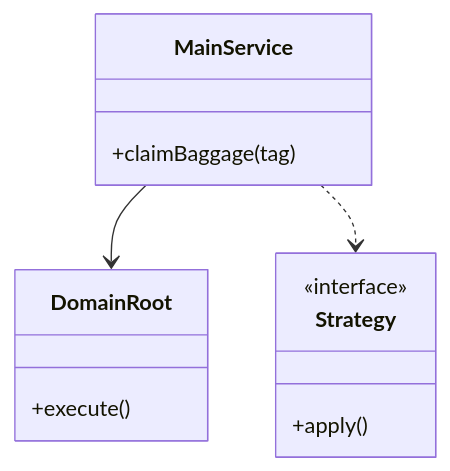
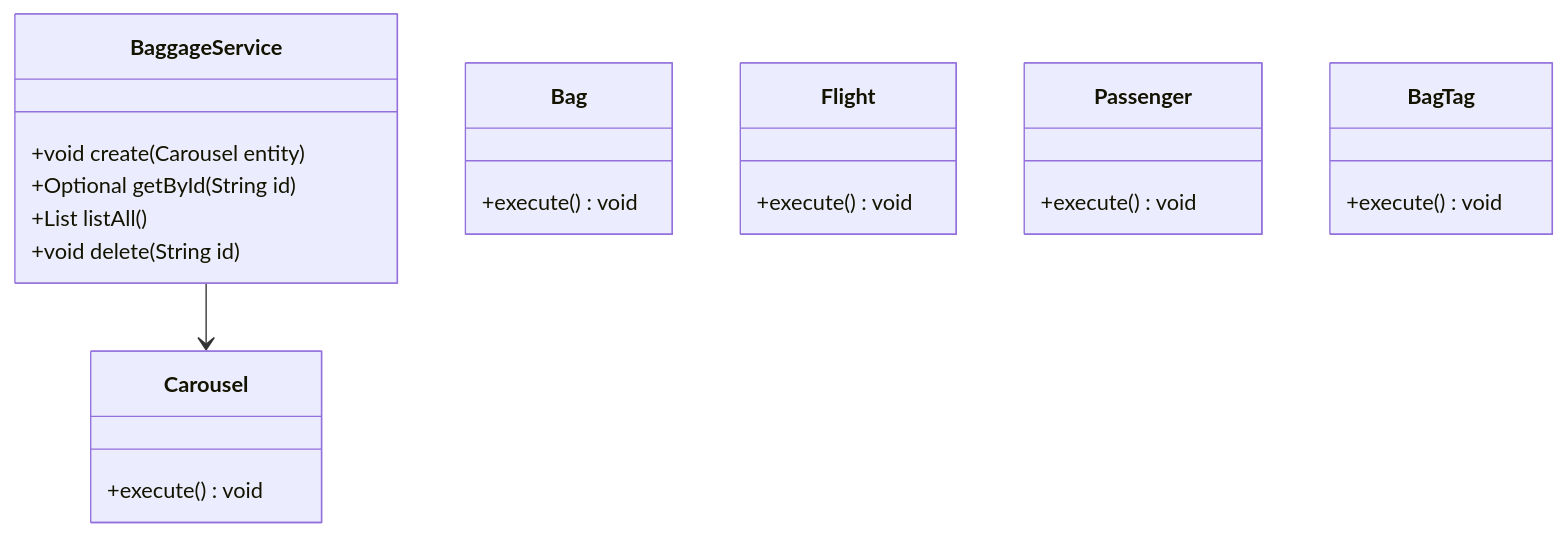
One commit to madhupaila/Interview-Prep-SSE changed the first of 3 diagrams in Learn/System Design - Low Level Design/02-classic-ood/questions/Q56-baggage-carousel.md. Above: the diagram before and after it, drawn with Mermaid. The commit also changed other lines of this file and 491 other files, not shown here.

````diff
--- a/Learn/System Design - Low Level Design/02-classic-ood/questions/Q56-baggage-carousel.md
+++ b/Learn/System Design - Low Level Design/02-classic-ood/questions/Q56-baggage-carousel.md
@@ -75,15 +89,25 @@
 ```mermaid
 classDiagram
-    class MainService {
-        +claimBaggage(tag)
+    class BaggageService {
+        +void create(Carousel entity)
+        +Optional<Carousel> getById(String id)
+        +List<Carousel> listAll()
+        +void delete(String id)
     }
-    class DomainRoot {
-        +execute()
+    class Carousel {
+        +execute() void
     }
-    class Strategy {
-        <<interface>>
-        +apply()
+    class Bag {
+        +execute() void
     }
-    MainService --> DomainRoot
-    MainService ..> Strategy
+    class Flight {
+        +execute() void
+    }
+    class Passenger {
+        +execute() void
+    }
+    class BagTag {
+        +execute() void
+    }
+    BaggageService --> Carousel
 ```
````
